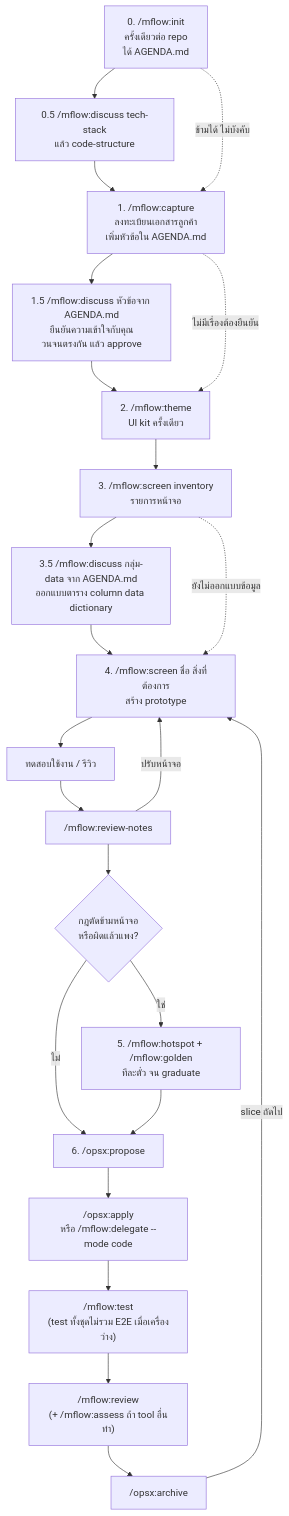
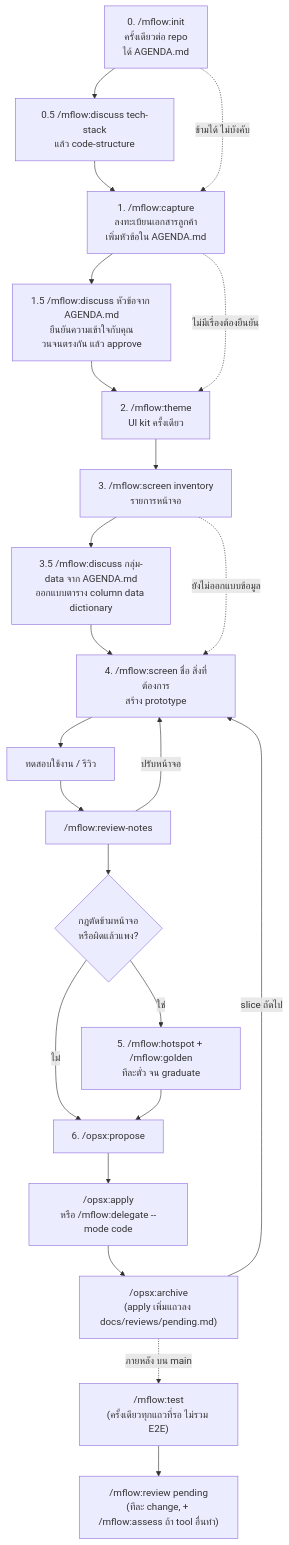
One commit to mounchons/mflow-marketplace changed the diagram in docs/manual.md. Above: the diagram before and after it, drawn with Mermaid. The commit also changed other lines of this file and 18 other files, not shown here.

````diff
--- a/docs/manual.md
+++ b/docs/manual.md
@@ -28,25 +28,25 @@
 ```mermaid
 flowchart TD
     S0["0. /mflow:init<br/>ครั้งเดียวต่อ repo<br/>ได้ AGENDA.md"] --> TS["0.5 /mflow:discuss tech-stack<br/>แล้ว code-structure"]
     TS --> S1["1. /mflow:capture<br/>ลงทะเบียนเอกสารลูกค้า<br/>เพิ่มหัวข้อใน AGENDA.md"]
     S0 -.->|ข้ามได้ ไม่บังคับ| S1
     S1 --> D["1.5 /mflow:discuss หัวข้อจาก AGENDA.md<br/>ยืนยันความเข้าใจกับคุณ<br/>วนจนตรงกัน แล้ว approve"]
     D --> S2["2. /mflow:theme<br/>UI kit ครั้งเดียว"]
     S1 -.->|ไม่มีเรื่องต้องยืนยัน| S2
     S2 --> S3["3. /mflow:screen inventory<br/>รายการหน้าจอ"]
     S3 --> DM["3.5 /mflow:discuss กลุ่ม-data จาก AGENDA.md<br/>ออกแบบตาราง column data dictionary"]
     DM --> S4["4. /mflow:screen ชื่อ สิ่งที่ต้องการ<br/>สร้าง prototype"]
     S3 -.->|ยังไม่ออกแบบข้อมูล| S4
     S4 --> R["ทดสอบใช้งาน / รีวิว"]
     R --> RN["/mflow:review-notes"]
     RN -->|ปรับหน้าจอ| S4
     RN --> Q{"กฎตัดข้ามหน้าจอ<br/>หรือผิดแล้วแพง?"}
     Q -->|ใช่| H["5. /mflow:hotspot + /mflow:golden<br/>ทีละตั๋ว จน graduate"]
     Q -->|ไม่| P
     H --> P["6. /opsx:propose"]
     P --> A["/opsx:apply<br/>หรือ /mflow:delegate --mode code"]
-    A --> T["/mflow:test<br/>(test ทั้งชุดไม่รวม E2E เมื่อเครื่องว่าง)"]
-    T --> V["/mflow:review<br/>(+ /mflow:assess ถ้า tool อื่นทำ)"]
-    V --> AR["/opsx:archive"]
+    A --> AR["/opsx:archive<br/>(apply เพิ่มแถวลง docs/reviews/pending.md)"]
     AR -->|slice ถัดไป| S4
+    AR -.->|ภายหลัง บน main| T["/mflow:test<br/>(ครั้งเดียวทุกแถวที่รอ ไม่รวม E2E)"]
+    T --> V["/mflow:review pending<br/>(ทีละ change, + /mflow:assess ถ้า tool อื่นทำ)"]
 ```
````
